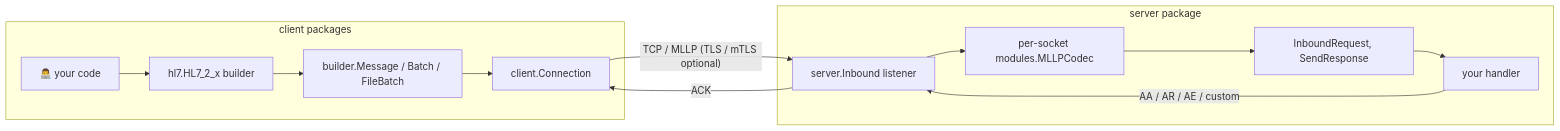
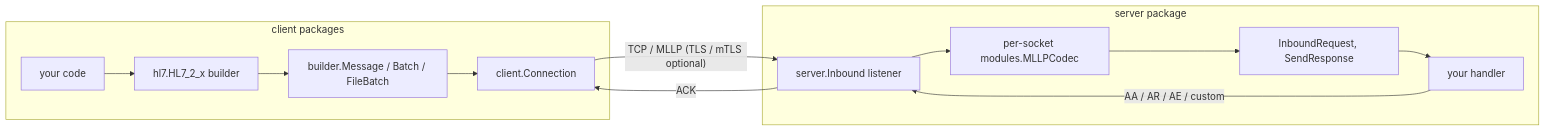
The diagram in README.md (Bugs5382/go-hl7), drawn with Mermaid before and after one commit.

Commit message:
docs: render the README architecture diagram on GitHub

````diff
--- a/README.md
+++ b/README.md
@@ -26,19 +26,19 @@
 ```mermaid
 flowchart LR
     subgraph clientPkgs["client packages"]
-      A[👨‍💻 your code] --> B[hl7.HL7_2_x builder]
-      B --> C[builder.Message / Batch / FileBatch]
-      C --> D[client.Connection]
+      A["your code"] --> B["hl7.HL7_2_x builder"]
+      B --> C["builder.Message / Batch / FileBatch"]
+      C --> D["client.Connection"]
     end
 
-    D -- "TCP / MLLP (TLS / mTLS optional)" --> E[server.Inbound listener]
+    D -->|"TCP / MLLP (TLS / mTLS optional)"| E["server.Inbound listener"]
 
     subgraph serverPkg["server package"]
-      E --> F[per-socket modules.MLLPCodec]
-      F --> G[InboundRequest, SendResponse]
-      G --> H[your handler]
-      H -- "AA / AR / AE / custom" --> E
+      E --> F["per-socket modules.MLLPCodec"]
+      F --> G["InboundRequest, SendResponse"]
+      G --> H["your handler"]
+      H -->|"AA / AR / AE / custom"| E
     end
 
-    E -- ACK --> D
+    E -->|ACK| D
 ```
````
